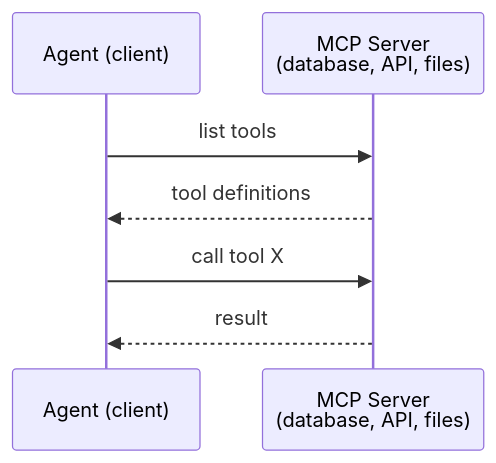
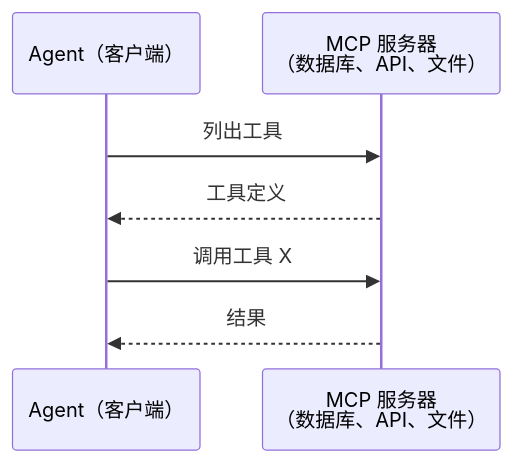
The second of 13 diagrams in phases/16-multi-agent-and-swarms/03-communication-protocols/docs/zh.md (alessandrodinisio-ai/ai-engineering-learning-framework), drawn with Mermaid before and after one commit. The commit also changed other lines of this file and 120 other files, not shown here.

First line of the commit message:
i18n(mermaid): 337 个 mermaid 图表标签中文化

````diff
--- a/phases/16-multi-agent-and-swarms/03-communication-protocols/docs/zh.md
+++ b/phases/16-multi-agent-and-swarms/03-communication-protocols/docs/zh.md
@@ -64,10 +64,10 @@
 ```mermaid
 sequenceDiagram
-    participant Agent as Agent (client)
-    participant MCP1 as MCP Server<br/>(database, API, files)
+    participant Agent as Agent（客户端）
+    participant MCP1 as MCP 服务器<br/>（数据库、API、文件）
 
-    Agent->>MCP1: list tools
-    MCP1-->>Agent: tool definitions
-    Agent->>MCP1: call tool X
-    MCP1-->>Agent: result
+    Agent->>MCP1: 列出工具
+    MCP1-->>Agent: 工具定义
+    Agent->>MCP1: 调用工具 X
+    MCP1-->>Agent: 结果
 ```
````
